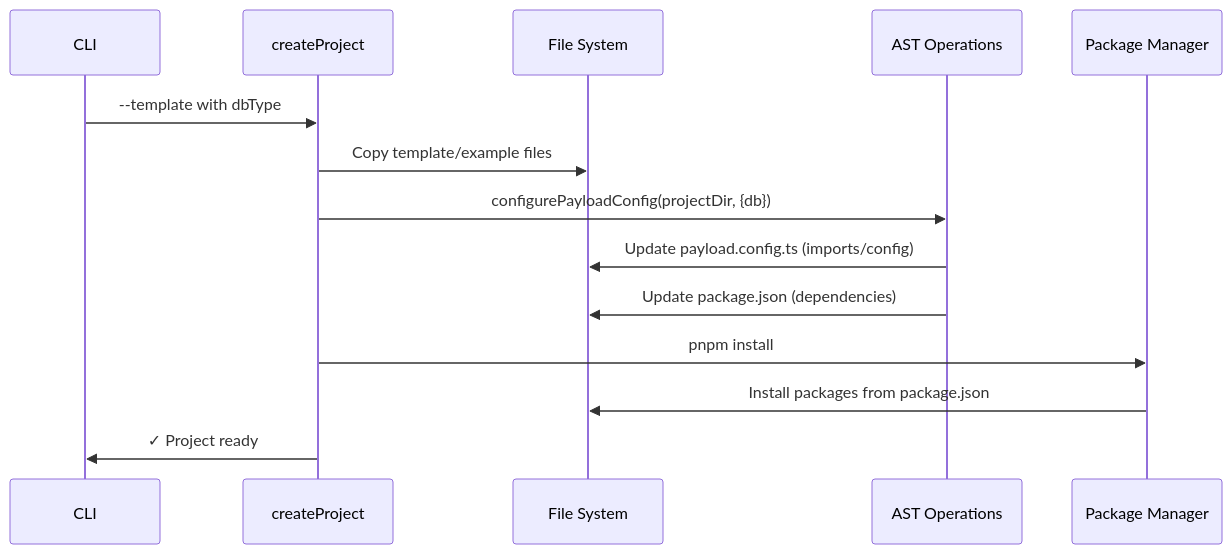
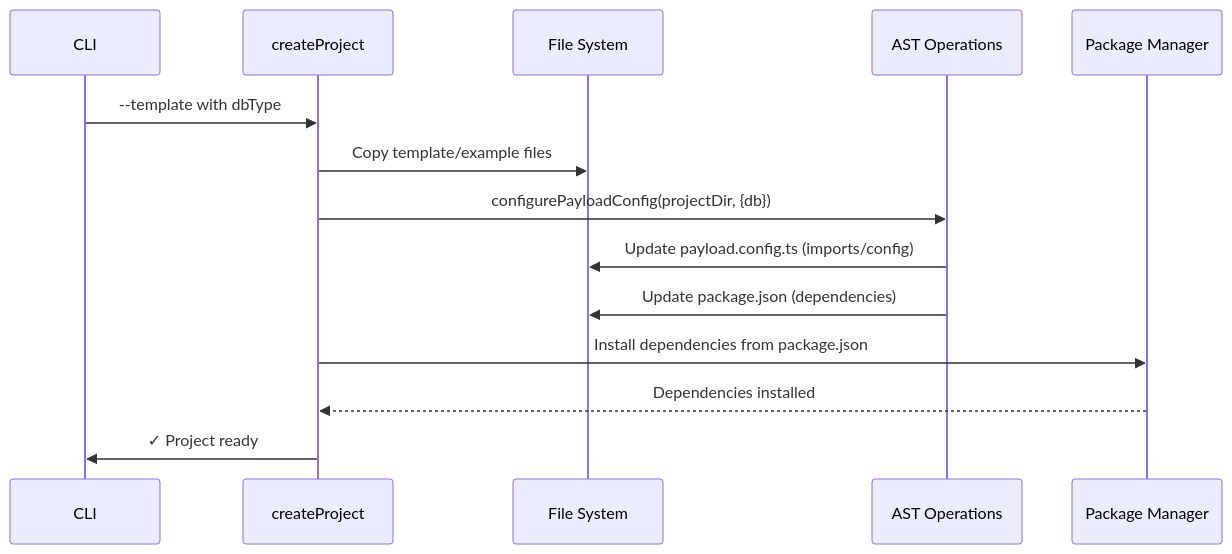
Before and after one commit to payloadcms/payload: the third of 3 diagrams in packages/create-payload-app/CLAUDE.md, drawn with Mermaid. The commit also changed other lines of this file, not shown here.

Commit message:
docs(cpa): clarify package manager flows

````diff
--- a/packages/create-payload-app/CLAUDE.md
+++ b/packages/create-payload-app/CLAUDE.md
@@ -124,17 +125,17 @@
 ```mermaid
 sequenceDiagram
     participant CLI
     participant createProject
     participant FS as File System
     participant AST as AST Operations
     participant PM as Package Manager
 
     CLI->>createProject: --template with dbType
     createProject->>FS: Copy template/example files
     createProject->>AST: configurePayloadConfig(projectDir, {db})
     AST->>FS: Update payload.config.ts (imports/config)
     AST->>FS: Update package.json (dependencies)
-    createProject->>PM: pnpm install
-    PM->>FS: Install packages from package.json
+    createProject->>PM: Install dependencies from package.json
+    PM-->>createProject: Dependencies installed
     createProject->>CLI: ✓ Project ready
 ```
````
